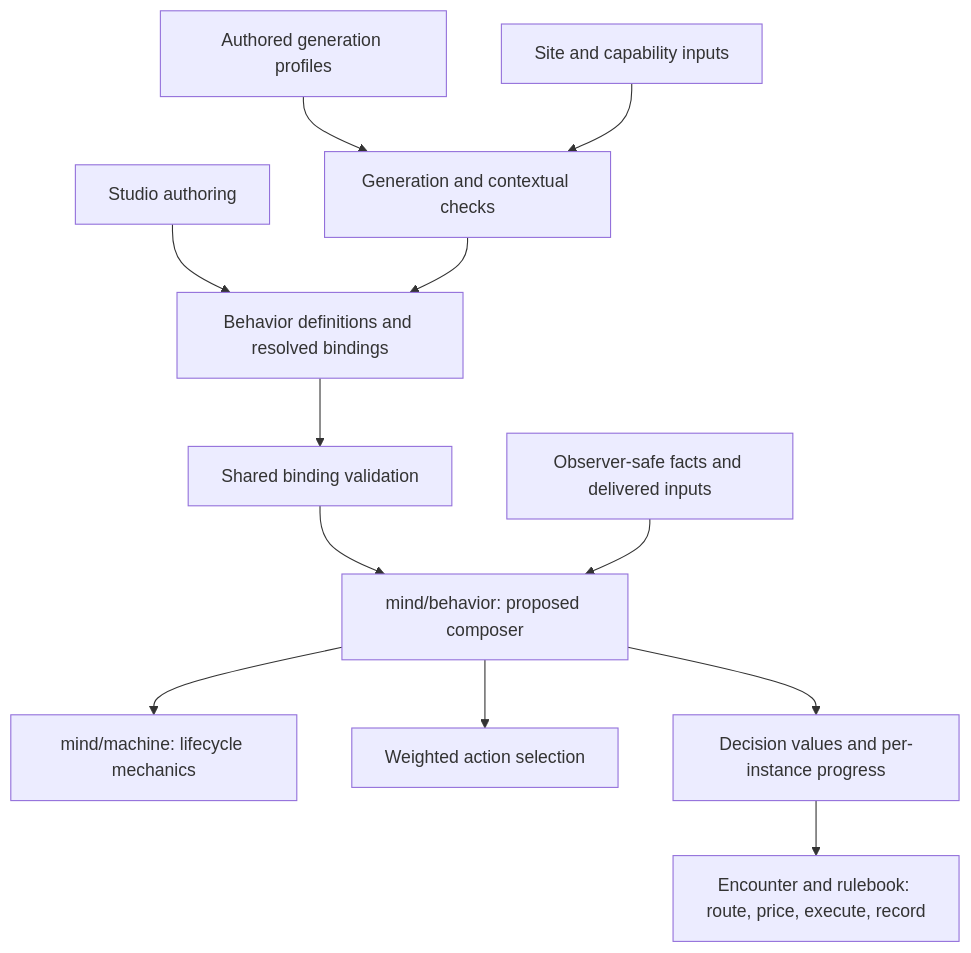
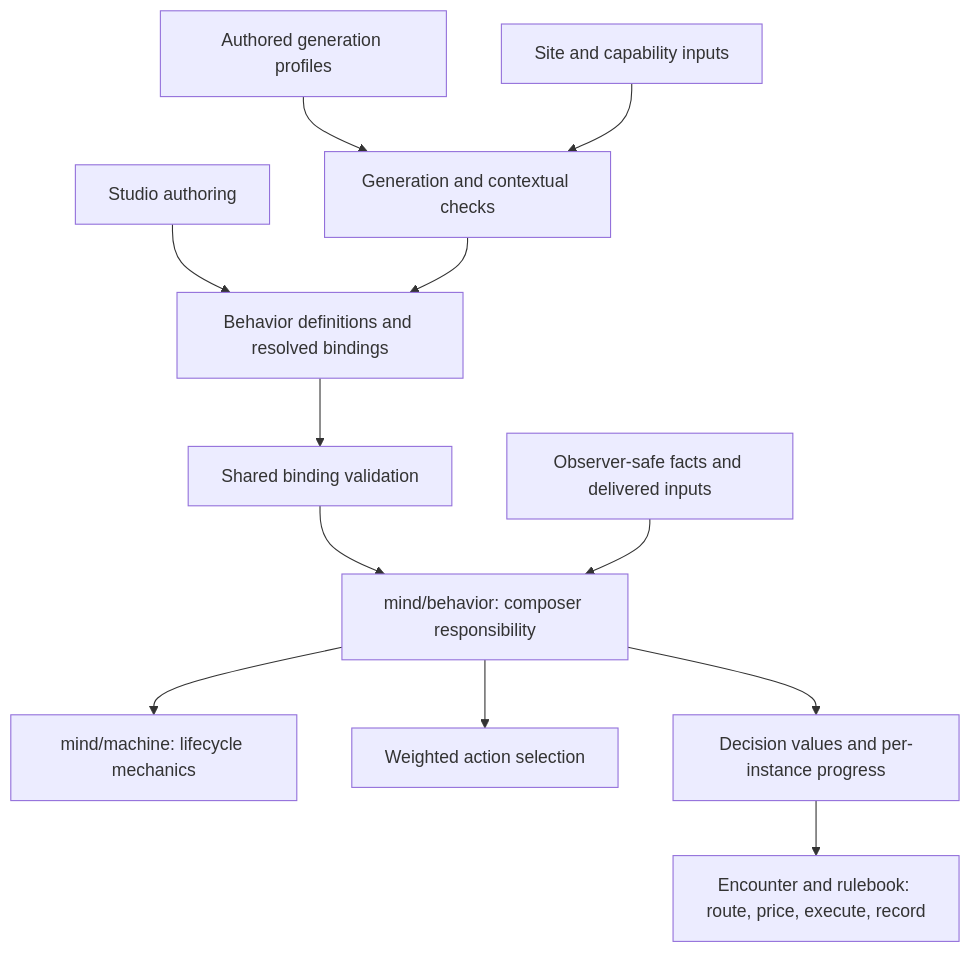
Before and after one commit to KirkDiggler/rpg-toolkit: the diagram in docs/adr/0049-behavior-is-a-composer.md, drawn with Mermaid. The commit also changed other lines of this file and 3 other files, not shown here.

First line of the commit message:
docs: accept the behavior composer and mechanical parameter metadata

````diff
--- a/docs/adr/0049-behavior-is-a-composer.md
+++ b/docs/adr/0049-behavior-is-a-composer.md
@@ -235,14 +240,14 @@
 ```mermaid
 flowchart TD
     Studio[Studio authoring] --> Bound[Behavior definitions and resolved bindings]
     Profiles[Authored generation profiles] --> Generate[Generation and contextual checks]
     Site[Site and capability inputs] --> Generate
     Generate --> Bound
     Bound --> Validate[Shared binding validation]
-    Validate --> Composer[mind/behavior: proposed composer]
+    Validate --> Composer[mind/behavior: composer responsibility]
     Facts[Observer-safe facts and delivered inputs] --> Composer
     Composer --> Machine[mind/machine: lifecycle mechanics]
     Composer --> Picker[Weighted action selection]
     Composer --> Decisions[Decision values and per-instance progress]
     Decisions --> Consumer[Encounter and rulebook: route, price, execute, record]
 ```
````
